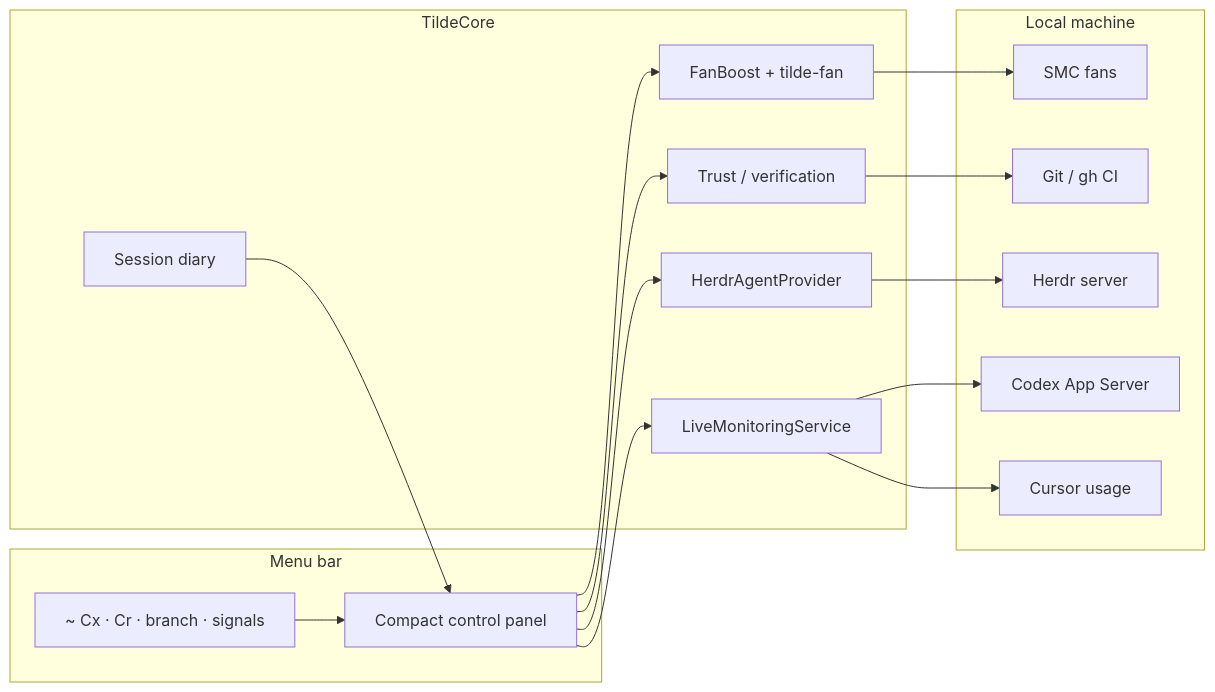
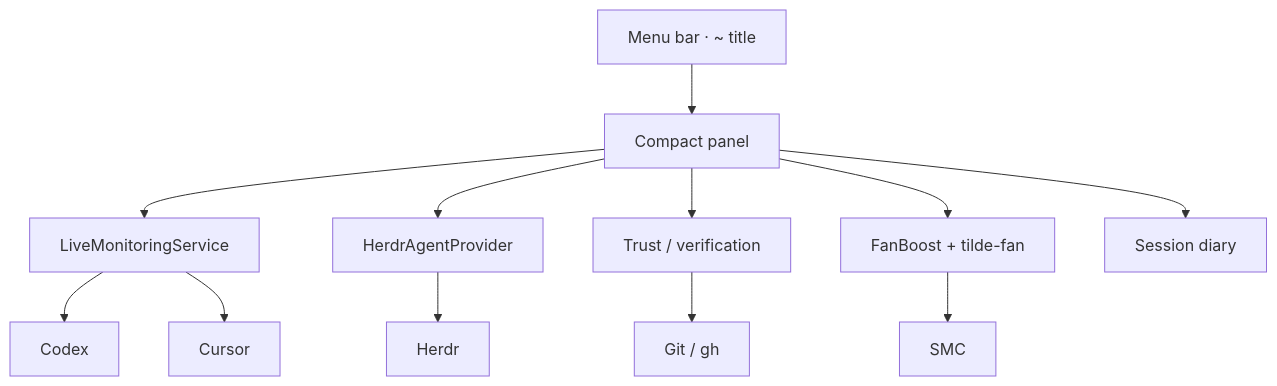
The diagram in README.md (Le0wang06/Tilde), drawn with Mermaid before and after one commit. The commit also changed other lines of this file, not shown here.

````diff
--- a/README.md
+++ b/README.md
@@ -120,35 +107,18 @@
 ```mermaid
-flowchart LR
-  subgraph MenuBar["Menu bar"]
-    Title["~ Cx · Cr · branch · signals"]
-    Panel["Compact control panel"]
-  end
+flowchart TB
+  MB["Menu bar · ~ title"]
+  PN["Compact panel"]
+  MB --> PN
 
-  subgraph Core["TildeCore"]
-    Live["LiveMonitoringService"]
-    Agents["HerdrAgentProvider"]
-    Trust["Trust / verification"]
-    Diary["Session diary"]
-    Fan["FanBoost + tilde-fan"]
-  end
+  PN --> LIVE["LiveMonitoringService"]
+  PN --> AG["HerdrAgentProvider"]
+  PN --> TR["Trust / verification"]
+  PN --> FAN["FanBoost + tilde-fan"]
+  PN --> DY["Session diary"]
 
-  subgraph Local["Local machine"]
-    SMC["SMC fans"]
-    Git["Git / gh CI"]
-    Herdr["Herdr server"]
-    Codex["Codex App Server"]
-    Cursor["Cursor usage"]
-  end
-
-  Title --> Panel
-  Panel --> Live
-  Panel --> Agents
-  Panel --> Trust
-  Panel --> Fan
-  Live --> Codex
-  Live --> Cursor
-  Agents --> Herdr
-  Trust --> Git
-  Fan --> SMC
-  Diary --> Panel
+  LIVE --> CX["Codex"]
+  LIVE --> CR["Cursor"]
+  AG --> HR["Herdr"]
+  TR --> GT["Git / gh"]
+  FAN --> SMC["SMC"]
 ```
````
